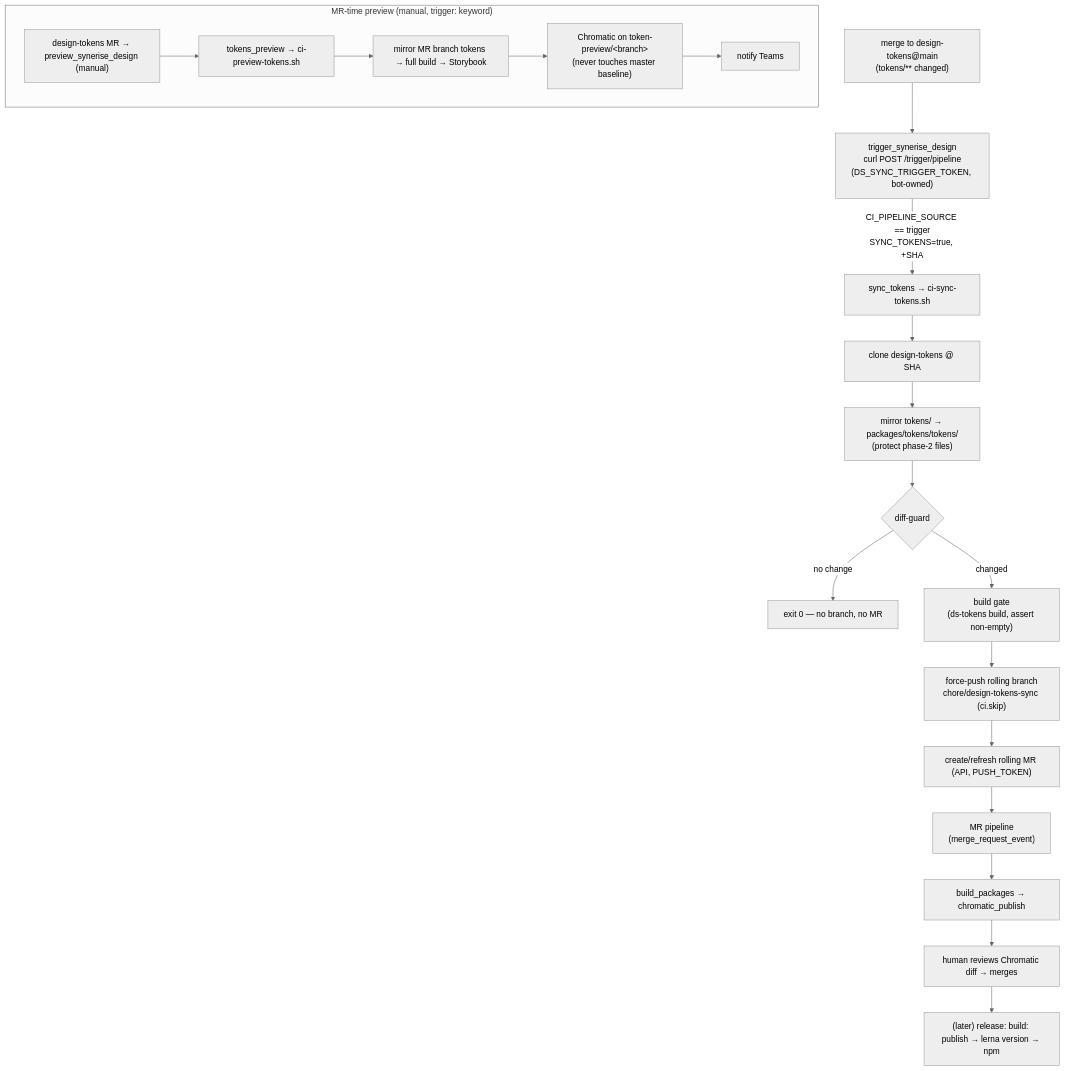
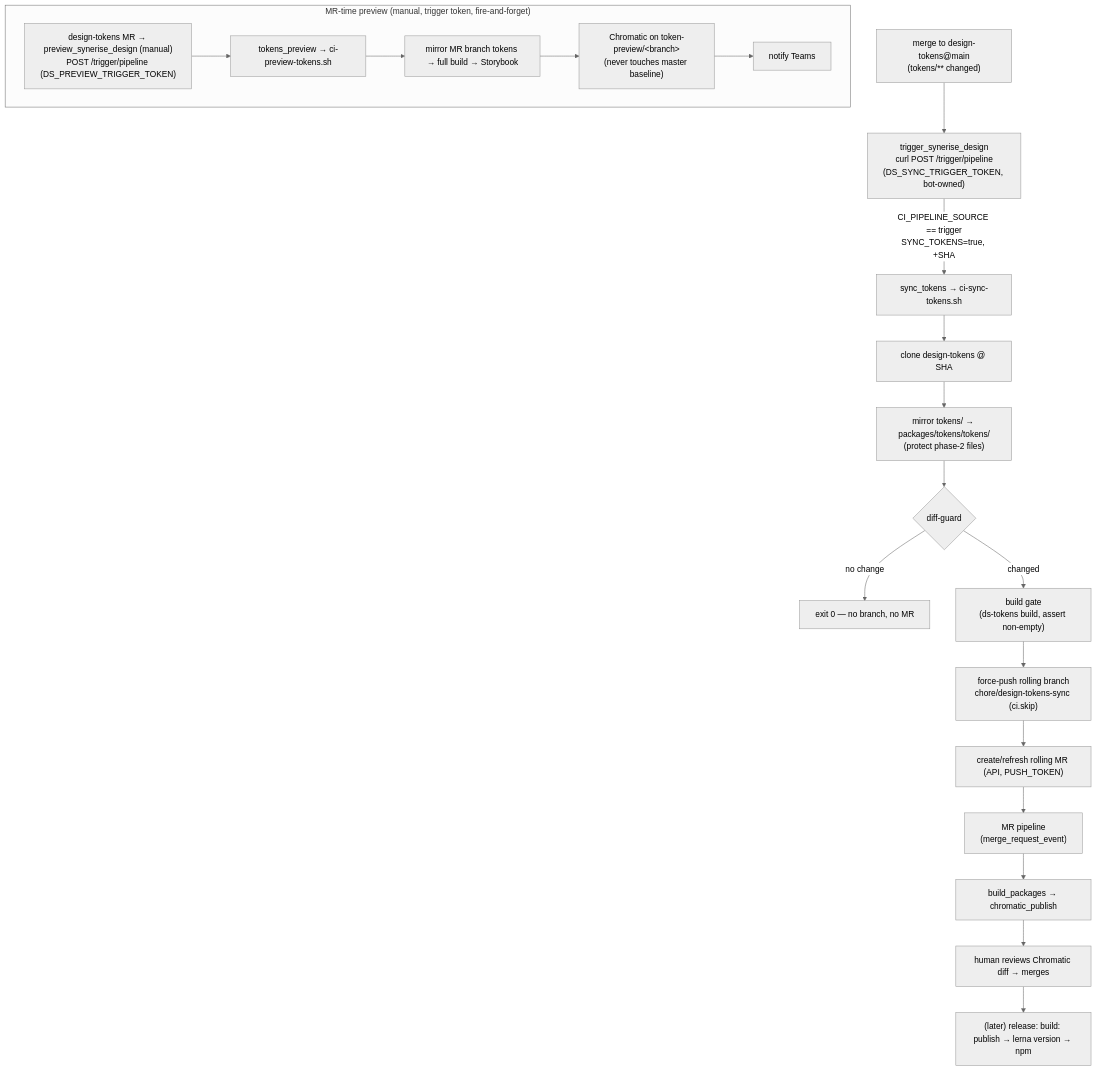
The diagram in docs/adr/0001-design-token-sync-flow.md (Synerise/synerise-design), drawn with Mermaid (neutral theme) before and after one commit. The commit also changed other lines of this file and 1 other file, not shown here.

First line of the commit message:
docs(tokens): document trigger-token MR preview in ADR-0001 and runbook

````diff
--- a/docs/adr/0001-design-token-sync-flow.md
+++ b/docs/adr/0001-design-token-sync-flow.md
@@ -122,23 +132,23 @@
 ```mermaid
 flowchart TD
     A["merge to design-tokens@main<br/>(tokens/** changed)"] --> B["trigger_synerise_design<br/>curl POST /trigger/pipeline<br/>(DS_SYNC_TRIGGER_TOKEN, bot-owned)"]
     B -->|"CI_PIPELINE_SOURCE == trigger<br/>SYNC_TOKENS=true, +SHA"| C["sync_tokens → ci-sync-tokens.sh"]
     C --> C1["clone design-tokens @ SHA"]
     C1 --> C2["mirror tokens/ → packages/tokens/tokens/<br/>(protect phase-2 files)"]
     C2 --> C3{diff-guard}
     C3 -->|no change| Z["exit 0 — no branch, no MR"]
     C3 -->|changed| C4["build gate<br/>(ds-tokens build, assert non-empty)"]
     C4 --> C5["force-push rolling branch<br/>chore/design-tokens-sync (ci.skip)"]
     C5 --> C6["create/refresh rolling MR (API, PUSH_TOKEN)"]
     C6 --> D["MR pipeline<br/>(merge_request_event)"]
     D --> D1["build_packages → chromatic_publish"]
     D1 --> E["human reviews Chromatic diff → merges"]
     E --> F["(later) release: build: publish → lerna version → npm"]
 
-    subgraph preview ["MR-time preview (manual, trigger: keyword)"]
-        P0["design-tokens MR → preview_synerise_design (manual)"] --> P1["tokens_preview → ci-preview-tokens.sh"]
+    subgraph preview ["MR-time preview (manual, trigger token, fire-and-forget)"]
+        P0["design-tokens MR → preview_synerise_design (manual)<br/>POST /trigger/pipeline (DS_PREVIEW_TRIGGER_TOKEN)"] --> P1["tokens_preview → ci-preview-tokens.sh"]
         P1 --> P2["mirror MR branch tokens → full build → Storybook"]
         P2 --> P3["Chromatic on token-preview/&lt;branch&gt;<br/>(never touches master baseline)"]
         P3 --> P4["notify Teams"]
     end
 ```
````
